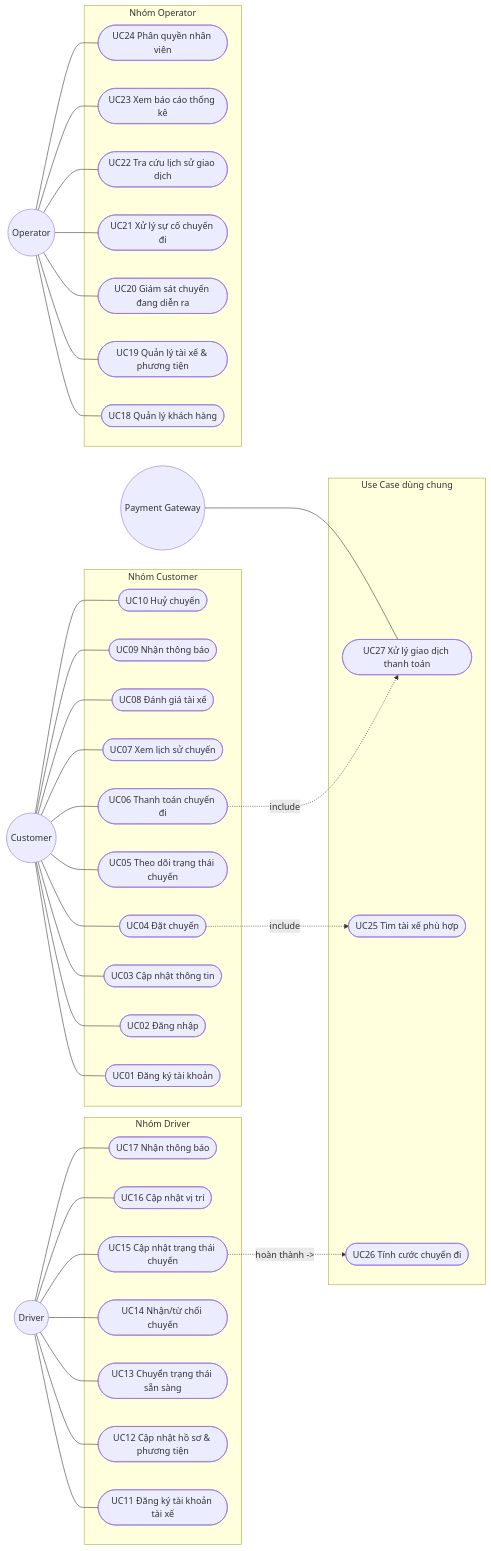
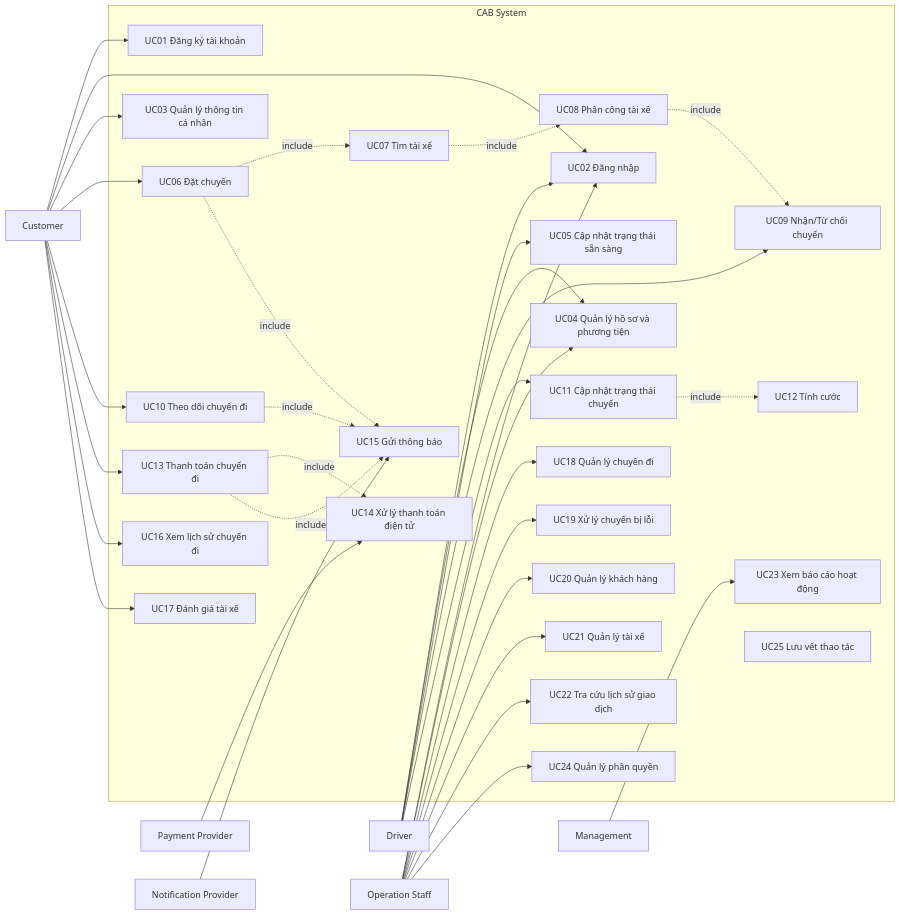
One commit to pgb30z/23643841_PhamMaiGiaBao_Cabsystem changed the fourth of 4 diagrams in SRS.md. Above: the diagram before and after it, drawn with Mermaid. The commit also changed other lines of this file, not shown here.

````diff
--- a/SRS.md
+++ b/SRS.md
@@ -1106,79 +1072,83 @@
 ```mermaid
-graph LR
-    Customer((Customer))
-    Driver((Driver))
-    Operator((Operator))
-    PaymentGW((Payment Gateway))
+flowchart LR
 
-    subgraph "Nhóm Customer"
-        UC01([UC01 Đăng ký tài khoản])
-        UC02([UC02 Đăng nhập])
-        UC03([UC03 Cập nhật thông tin])
-        UC04([UC04 Đặt chuyến])
-        UC05([UC05 Theo dõi trạng thái chuyến])
-        UC06([UC06 Thanh toán chuyến đi])
-        UC07([UC07 Xem lịch sử chuyến])
-        UC08([UC08 Đánh giá tài xế])
-        UC09([UC09 Nhận thông báo])
-        UC10([UC10 Huỷ chuyến])
+    Customer["Customer"]
+    Driver["Driver"]
+    Staff["Operation Staff"]
+    Management["Management"]
+    Payment["Payment Provider"]
+    Notification["Notification Provider"]
+
+    subgraph CAB["CAB System"]
+
+        UC01["UC01 Đăng ký tài khoản"]
+        UC02["UC02 Đăng nhập"]
+        UC03["UC03 Quản lý thông tin cá nhân"]
+        UC04["UC04 Quản lý hồ sơ và phương tiện"]
+        UC05["UC05 Cập nhật trạng thái sẵn sàng"]
+
+        UC06["UC06 Đặt chuyến"]
+        UC07["UC07 Tìm tài xế"]
+        UC08["UC08 Phân công tài xế"]
+        UC09["UC09 Nhận/Từ chối chuyến"]
+
+        UC10["UC10 Theo dõi chuyến đi"]
+        UC11["UC11 Cập nhật trạng thái chuyến"]
+
+        UC12["UC12 Tính cước"]
+        UC13["UC13 Thanh toán chuyến đi"]
+        UC14["UC14 Xử lý thanh toán điện tử"]
+
+        UC15["UC15 Gửi thông báo"]
+        UC16["UC16 Xem lịch sử chuyến đi"]
+        UC17["UC17 Đánh giá tài xế"]
+
+        UC18["UC18 Quản lý chuyến đi"]
+        UC19["UC19 Xử lý chuyến bị lỗi"]
+        UC20["UC20 Quản lý khách hàng"]
+        UC21["UC21 Quản lý tài xế"]
+        UC22["UC22 Tra cứu lịch sử giao dịch"]
+
+        UC23["UC23 Xem báo cáo hoạt động"]
+        UC24["UC24 Quản lý phân quyền"]
+        UC25["UC25 Lưu vết thao tác"]
     end
 
-    subgraph "Nhóm Driver"
-        UC11([UC11 Đăng ký tài khoản tài xế])
-        UC12([UC12 Cập nhật hồ sơ & phương tiện])
-        UC13([UC13 Chuyển trạng thái sẵn sàng])
-        UC14([UC14 Nhận/từ chối chuyến])
-        UC15([UC15 Cập nhật trạng thái chuyến])
-        UC16([UC16 Cập nhật vị trí])
-        UC17([UC17 Nhận thông báo])
-    end
+    Customer --> UC01
+    Customer --> UC02
+    Customer --> UC03
+    Customer --> UC06
+    Customer --> UC10
+    Customer --> UC13
+    Customer --> UC16
+    Customer --> UC17
 
-    subgraph "Nhóm Operator"
-        UC18([UC18 Quản lý khách hàng])
-        UC19([UC19 Quản lý tài xế & phương tiện])
-        UC20([UC20 Giám sát chuyến đang diễn ra])
-        UC21([UC21 Xử lý sự cố chuyến đi])
-        UC22([UC22 Tra cứu lịch sử giao dịch])
-        UC23([UC23 Xem báo cáo thống kê])
-        UC24([UC24 Phân quyền nhân viên])
-    end
+    Driver --> UC02
+    Driver --> UC04
+    Driver --> UC05
+    Driver --> UC09
+    Driver --> UC11
 
-    subgraph "Use Case dùng chung"
-        UC25([UC25 Tìm tài xế phù hợp])
-        UC26([UC26 Tính cước chuyến đi])
-        UC27([UC27 Xử lý giao dịch thanh toán])
-    end
+    Staff --> UC02
+    Staff --> UC04
+    Staff --> UC18
+    Staff --> UC19
+    Staff --> UC20
+    Staff --> UC21
+    Staff --> UC22
+    Staff --> UC24
 
-    Customer --- UC01
-    Customer --- UC02
-    Customer --- UC03
-    Customer --- UC04
-    Customer --- UC05
-    Customer --- UC06
-    Customer --- UC07
-    Customer --- UC08
-    Customer --- UC09
-    Customer --- UC10
+    Management --> UC23
 
-    Driver --- UC11
-    Driver --- UC12
-    Driver --- UC13
-    Driver --- UC14
-    Driver --- UC15
-    Driver --- UC16
-    Driver --- UC17
+    Payment --> UC14
+    Notification --> UC15
 
-    Operator --- UC18
-    Operator --- UC19
-    Operator --- UC20
-    Operator --- UC21
-    Operator --- UC22
-    Operator --- UC23
-    Operator --- UC24
-
-    PaymentGW --- UC27
-
-    UC04 -. include .-> UC25
-    UC15 -. "hoàn thành ->" .-> UC26
-    UC06 -. include .-> UC27
+    UC06 -.->|include| UC07
+    UC07 -.->|include| UC08
+    UC08 -.->|include| UC09
+    UC11 -.->|include| UC12
+    UC13 -.->|include| UC14
+    UC13 -.->|include| UC15
+    UC06 -.->|include| UC15
+    UC10 -.->|include| UC15
 ```
````
